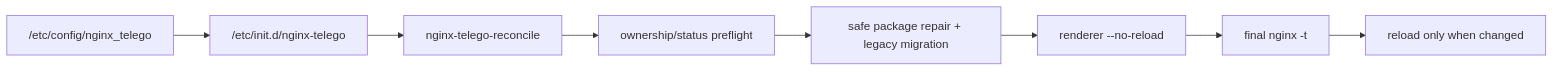
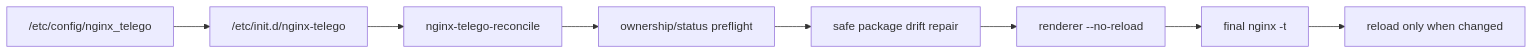
Diagram 11 of 15 in docs/ARCHITECTURE.md (Ra1nek/telEgo-openwrt), drawn with Mermaid before and after one commit. The commit also changed other lines of this file, not shown here.

Commit message:
docs(nginx): remove legacy migration from architecture

````diff
--- a/docs/ARCHITECTURE.md
+++ b/docs/ARCHITECTURE.md
@@ -279,10 +279,10 @@
 ```mermaid
 flowchart LR
     UCI["/etc/config/nginx_telego"] --> INIT["/etc/init.d/nginx-telego"]
     INIT --> REC["nginx-telego-reconcile"]
     REC --> OWN["ownership/status preflight"]
-    OWN --> REPAIR["safe package repair + legacy migration"]
+    OWN --> REPAIR["safe package drift repair"]
     REPAIR --> RENDER["renderer --no-reload"]
     RENDER --> TEST["final nginx -t"]
     TEST --> RELOAD["reload only when changed"]
 ```
````
